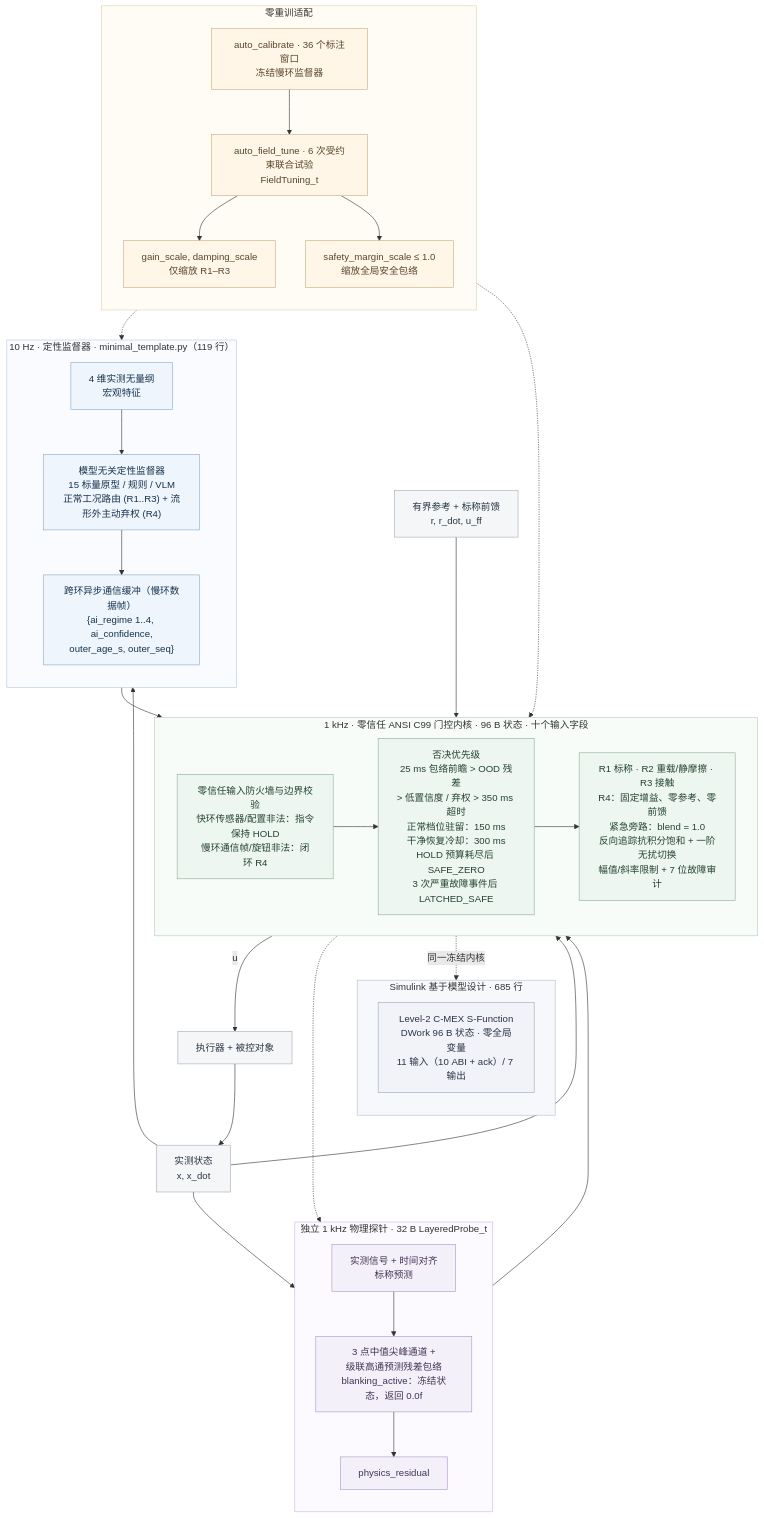
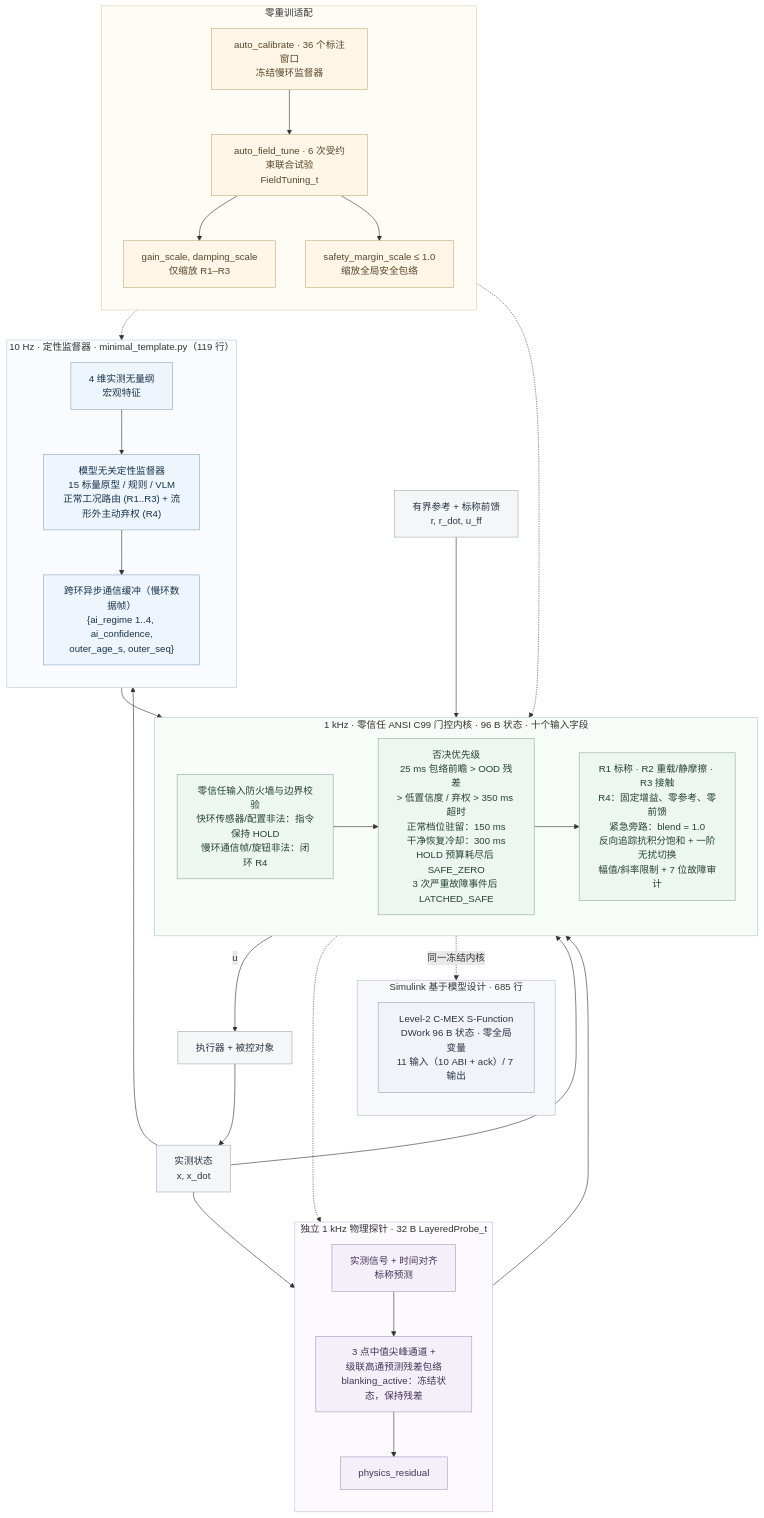
The diagram in README_zh.md (lijiawei255/ai-layered-control), drawn with Mermaid before and after one commit. The commit also changed other lines of this file and 7 other files, not shown here.

````diff
--- a/README_zh.md
+++ b/README_zh.md
@@ -84,70 +84,70 @@
 ```mermaid
 flowchart TB
     subgraph slow["10 Hz · 定性监督器 · minimal_template.py（119 行）"]
         direction TB
         features["4 维实测无量纲<br/>宏观特征"]
         supervisor["模型无关定性监督器<br/>15 标量原型 / 规则 / VLM<br/>正常工况路由 (R1..R3) + 流形外主动弃权 (R4)"]
         mailbox["跨环异步通信缓冲（慢环数据帧）<br/>{ai_regime 1..4, ai_confidence,<br/>outer_age_s, outer_seq}"]
         features --> supervisor --> mailbox
     end
     subgraph probe["独立 1 kHz 物理探针 · 32 B LayeredProbe_t"]
         direction TB
         innovation["实测信号 + 时间对齐<br/>标称预测"]
-        channels["3 点中值尖峰通道 +<br/>级联高通预测残差包络<br/>blanking_active：冻结状态，返回 0.0f"]
+        channels["3 点中值尖峰通道 +<br/>级联高通预测残差包络<br/>blanking_active：冻结状态，保持残差"]
         residual["physics_residual"]
         innovation --> channels --> residual
     end
     subgraph fast["1 kHz · 零信任 ANSI C99 门控内核 · 96 B 状态 · 十个输入字段"]
         direction LR
         firewall["零信任输入防火墙与边界校验<br/>快环传感器/配置非法：指令保持 HOLD<br/>慢环通信帧/旋钮非法：闭环 R4"]
         gates["否决优先级<br/>25 ms 包络前瞻 > OOD 残差<br/>> 低置信度 / 弃权 > 350 ms 超时<br/>正常档位驻留：150 ms<br/>干净恢复冷却：300 ms<br/>HOLD 预算耗尽后 SAFE_ZERO<br/>3 次严重故障事件后 LATCHED_SAFE"]
         bank["R1 标称 · R2 重载/静摩擦 · R3 接触<br/>R4：固定增益、零参考、零前馈<br/>紧急旁路：blend = 1.0<br/>反向追踪抗积分饱和 + 一阶无扰切换<br/>幅值/斜率限制 + 7 位故障审计"]
         firewall --> gates --> bank
     end
     subgraph mbd["Simulink 基于模型设计 · 685 行"]
         direction TB
         sfun["Level-2 C-MEX S-Function<br/>DWork 96 B 状态 · 零全局变量<br/>11 输入（10 ABI + ack）/ 7 输出"]
     end
     subgraph adapt["零重训适配"]
         direction TB
         calibrate["auto_calibrate · 36 个标注窗口<br/>冻结慢环监督器"]
         tune["auto_field_tune · 6 次受约束联合试验<br/>FieldTuning_t"]
         gains["gain_scale, damping_scale<br/>仅缩放 R1–R3"]
         margin["safety_margin_scale ≤ 1.0<br/>缩放全局安全包络"]
         calibrate --> tune
         tune --> gains
         tune --> margin
     end
     reference["有界参考 + 标称前馈<br/>r, r_dot, u_ff"]
     plant["执行器 + 被控对象"]
     sensor["实测状态<br/>x, x_dot"]
     reference --> fast
     slow --> fast
     probe --> fast
     fast -->|"u"| plant
     plant --> sensor
     sensor --> fast
     sensor --> slow
     sensor --> probe
     fast -.-> probe
     fast -.->|"同一冻结内核"| sfun
     adapt -.-> slow
     adapt -.-> fast
     classDef slowNode fill:#eef5fc,stroke:#8baac7,color:#17334d;
     classDef probeNode fill:#f4f0fa,stroke:#ad98c5,color:#423354;
     classDef coreNode fill:#edf6f0,stroke:#8eaf99,color:#244331;
     classDef adaptNode fill:#fff6e8,stroke:#c7ad7d,color:#58462a;
     classDef ioNode fill:#f5f6f8,stroke:#a4acb7,color:#283644;
     classDef mbdNode fill:#f1f3f8,stroke:#9aa7bd,color:#2a3446;
     class features,supervisor,mailbox slowNode;
     class innovation,channels,residual probeNode;
     class firewall,gates,bank coreNode;
     class calibrate,tune,gains,margin adaptNode;
     class reference,plant,sensor ioNode;
     class sfun mbdNode;
     style slow fill:#f9fbfe,stroke:#b8cbde
     style probe fill:#fcfaff,stroke:#c9bbda
     style fast fill:#f8fcf9,stroke:#b6cdbd
     style mbd fill:#f7f8fb,stroke:#b3bccd
     style adapt fill:#fffcf6,stroke:#dfcfaf
 ```
````
